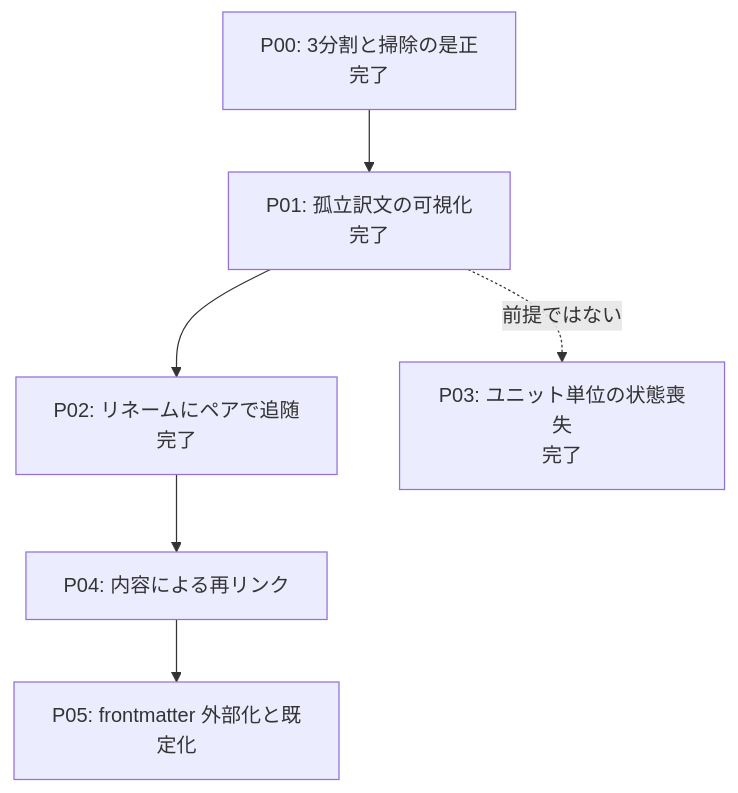
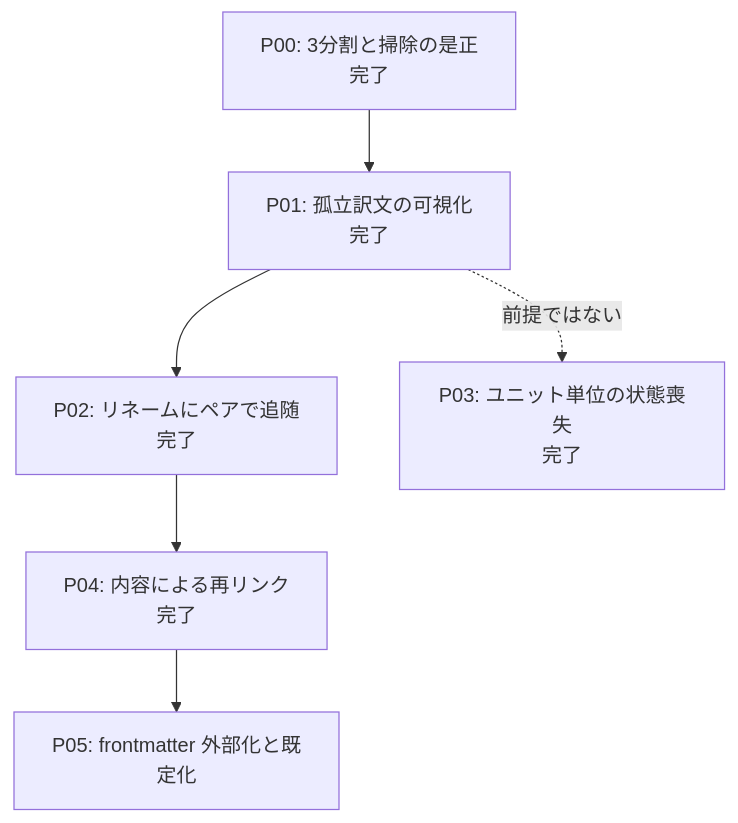
The diagram in docs/roadmaps/roadmap-v01_external-markers.md (mochimochiki/mdait), drawn with Mermaid before and after one commit. The commit also changed other lines of this file and 6 other files, not shown here.

First line of the commit message:
VS Code の外で動いたファイルを本文hashで結び直す（段階4 / roadmap-v01 の P04）

````diff
--- a/docs/roadmaps/roadmap-v01_external-markers.md
+++ b/docs/roadmaps/roadmap-v01_external-markers.md
@@ -33,8 +33,8 @@
 ```mermaid
 graph TD
 P00[P00: 3分割と掃除の是正<br/>完了] --> P01[P01: 孤立訳文の可視化<br/>完了]
 P01 --> P02[P02: リネームにペアで追随<br/>完了]
-P02 --> P04[P04: 内容による再リンク]
+P02 --> P04[P04: 内容による再リンク<br/>完了]
 P04 --> P05[P05: frontmatter 外部化と既定化]
 P01 -.->|前提ではない| P03[P03: ユニット単位の状態喪失<br/>完了]
 ```
````
